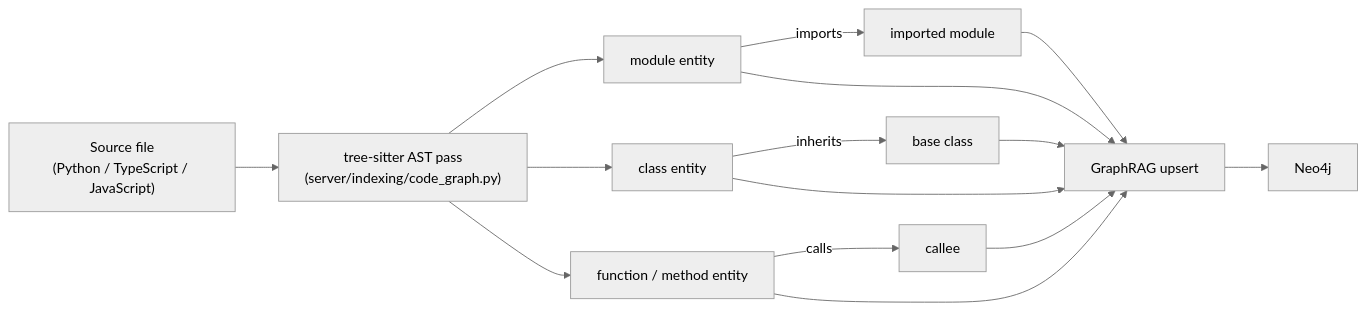
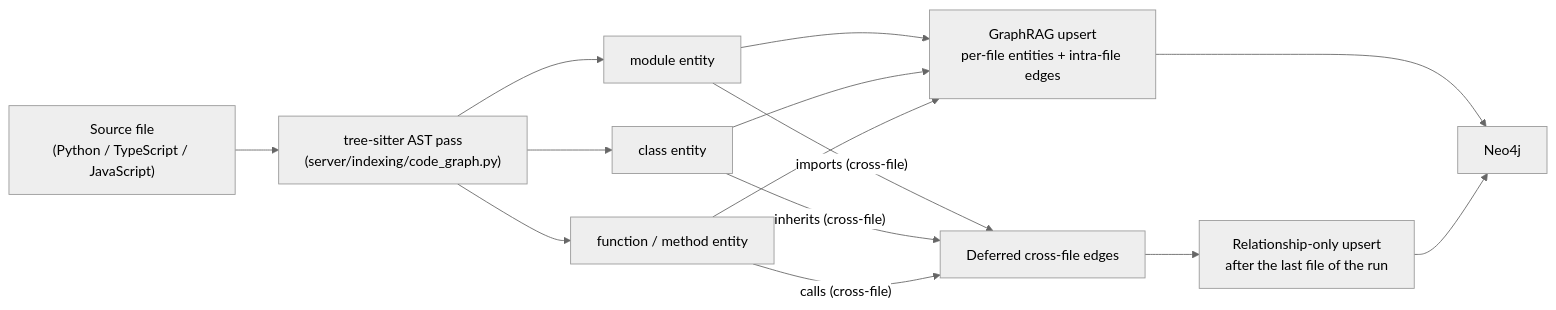
One commit to DMontgomery40/ragweld changed the second of 2 diagrams in mkdocs/docs/manual/indexing.md. Above: the diagram before and after it, drawn with Mermaid (neutral theme). The commit also changed other lines of this file and 2 other files, not shown here.

Commit message:
docs(ai): autopilot update

````diff
--- a/mkdocs/docs/manual/indexing.md
+++ b/mkdocs/docs/manual/indexing.md
@@ -70,17 +71,16 @@
 ```mermaid
 flowchart LR
   SRC["Source file\n(Python / TypeScript / JavaScript)"] --> TS["tree-sitter AST pass\n(server/indexing/code_graph.py)"]
   TS --> MOD["module entity"]
   TS --> CLS["class entity"]
   TS --> FN["function / method entity"]
-  MOD -->|"imports"| IMPT["imported module"]
-  CLS -->|"inherits"| BASE["base class"]
-  FN -->|"calls"| CALLEE["callee"]
-  MOD --> UPS["GraphRAG upsert"]
+  MOD --> UPS["GraphRAG upsert\nper-file entities + intra-file edges"]
   CLS --> UPS
   FN --> UPS
-  IMPT --> UPS
-  BASE --> UPS
-  CALLEE --> UPS
+  MOD -->|"imports (cross-file)"| DEF["Deferred cross-file edges"]
+  CLS -->|"inherits (cross-file)"| DEF
+  FN -->|"calls (cross-file)"| DEF
   UPS --> N4J["Neo4j"]
+  DEF --> UPS2["Relationship-only upsert\nafter the last file of the run"]
+  UPS2 --> N4J
 ```
````
